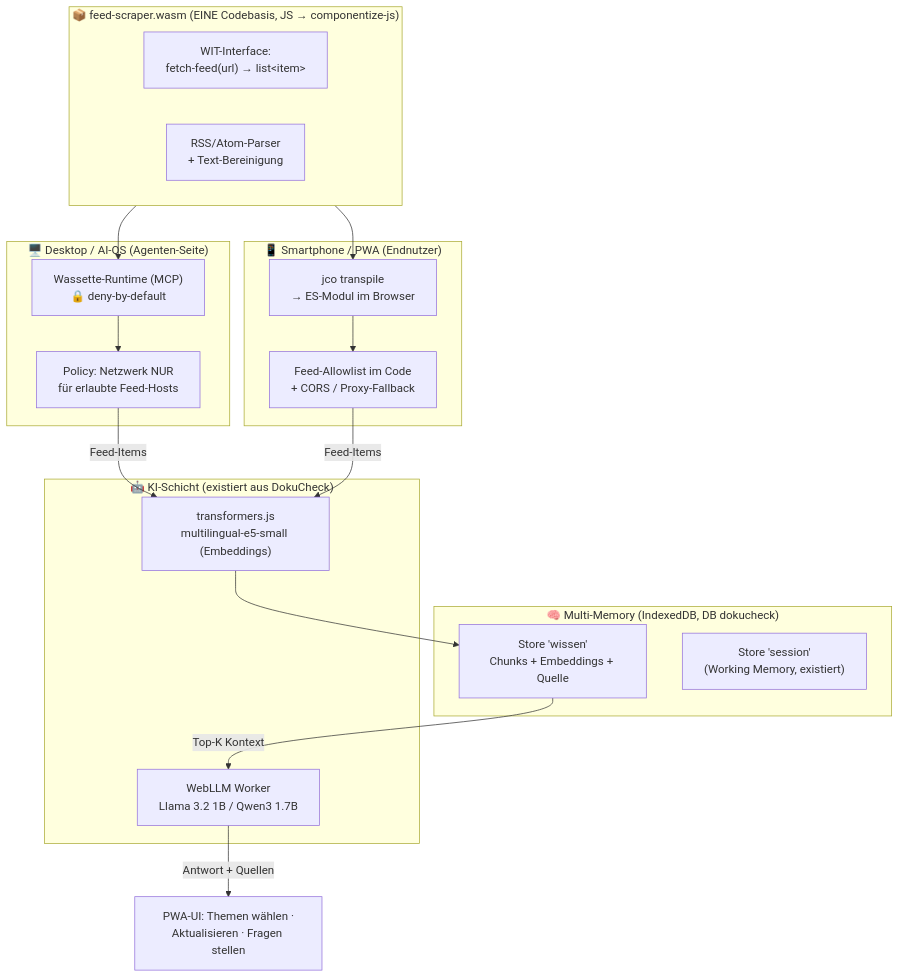
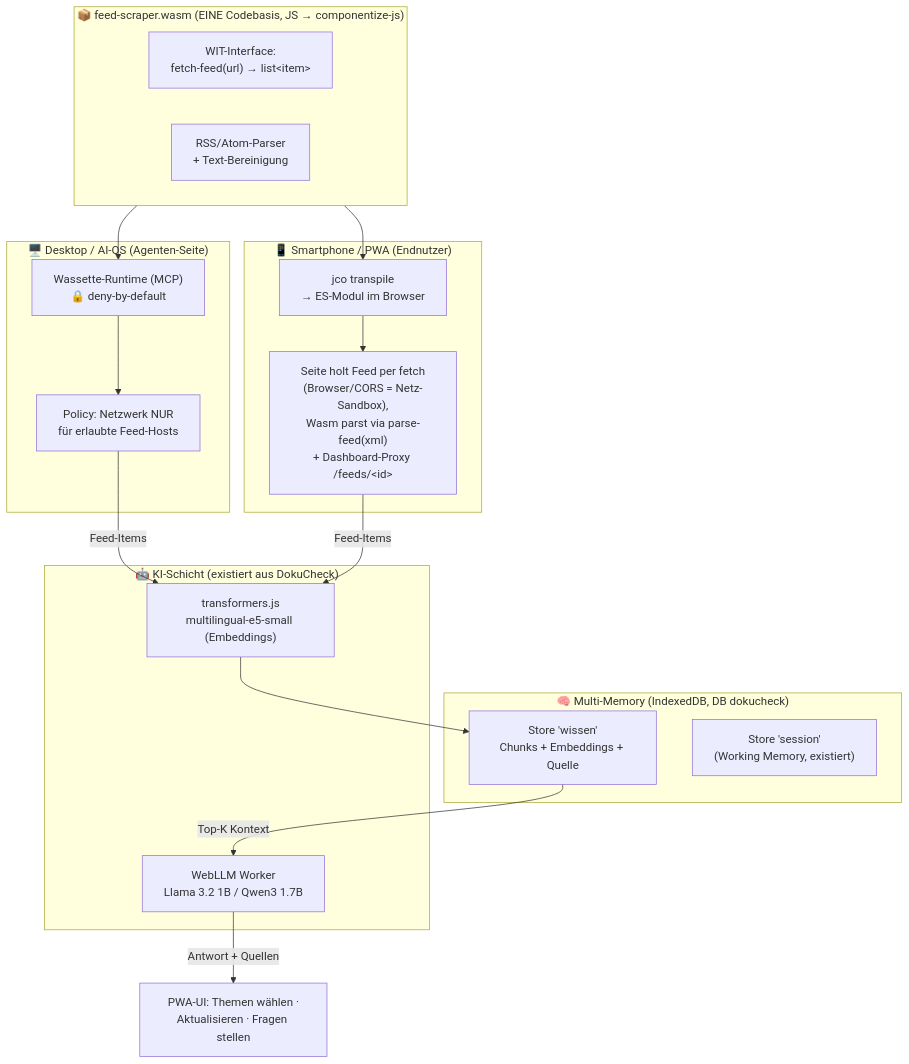
One commit to vuxuantiep/AI-OS changed the first of 2 diagrams in 10_Business/01_Marktprodukte/Lokal-SML-Webassembly-MultiMemory/Plannung/Architektur-Themen-Assistent.md. Above: the diagram before and after it, drawn with Mermaid. The commit also changed other lines of this file and 19 other files, not shown here.

First line of the commit message:
feat: Phase 2 - Wasm-Scraper im Browser (parse-feed-Export, Testseite in DokuCheck, Feed-Proxy im Dashboard)

````diff
--- a/10_Business/01_Marktprodukte/Lokal-SML-Webassembly-MultiMemory/Plannung/Architektur-Themen-Assistent.md
+++ b/10_Business/01_Marktprodukte/Lokal-SML-Webassembly-MultiMemory/Plannung/Architektur-Themen-Assistent.md
@@ -10,38 +10,38 @@
 ```mermaid
 flowchart TB
     subgraph KOMP["📦 feed-scraper.wasm (EINE Codebasis, JS → componentize-js)"]
         WIT["WIT-Interface:<br/>fetch-feed(url) → list&lt;item&gt;"]
         PARSE["RSS/Atom-Parser<br/>+ Text-Bereinigung"]
     end
 
     subgraph DESKTOP["🖥️ Desktop / AI-OS (Agenten-Seite)"]
         WASSETTE["Wassette-Runtime (MCP)<br/>🔒 deny-by-default"]
         POLICY["Policy: Netzwerk NUR<br/>für erlaubte Feed-Hosts"]
         WASSETTE --> POLICY
     end
 
     subgraph PHONE["📱 Smartphone / PWA (Endnutzer)"]
         JCO["jco transpile<br/>→ ES-Modul im Browser"]
-        ALLOW["Feed-Allowlist im Code<br/>+ CORS / Proxy-Fallback"]
+        ALLOW["Seite holt Feed per fetch<br/>(Browser/CORS = Netz-Sandbox),<br/>Wasm parst via parse-feed(xml)<br/>+ Dashboard-Proxy /feeds/&lt;id&gt;"]
         JCO --> ALLOW
     end
 
     KOMP --> WASSETTE
     KOMP --> JCO
 
     subgraph MEMORY["🧠 Multi-Memory (IndexedDB, DB dokucheck)"]
         WISSEN["Store 'wissen'<br/>Chunks + Embeddings + Quelle"]
         SESSION["Store 'session'<br/>(Working Memory, existiert)"]
     end
 
     subgraph KI["🤖 KI-Schicht (existiert aus DokuCheck)"]
         EMB["transformers.js<br/>multilingual-e5-small (Embeddings)"]
         SLM["WebLLM Worker<br/>Llama 3.2 1B / Qwen3 1.7B"]
     end
 
     POLICY -->|"Feed-Items"| EMB
     ALLOW -->|"Feed-Items"| EMB
     EMB --> WISSEN
     WISSEN -->|"Top-K Kontext"| SLM
     SLM -->|"Antwort + Quellen"| UI["PWA-UI: Themen wählen ·<br/>Aktualisieren · Fragen stellen"]
 ```
````
